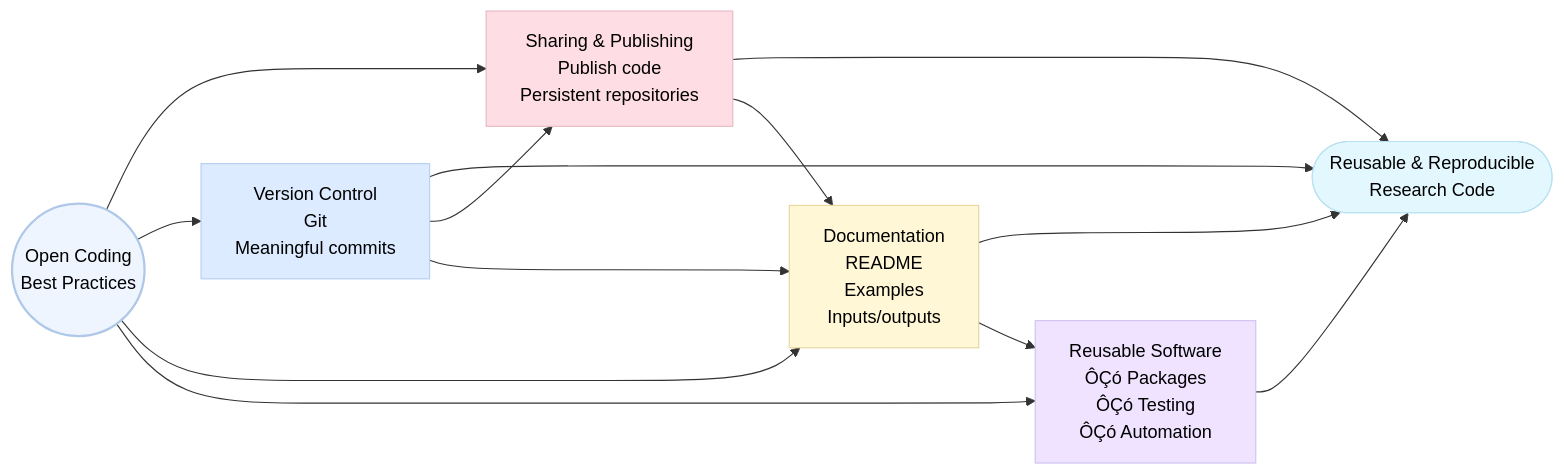
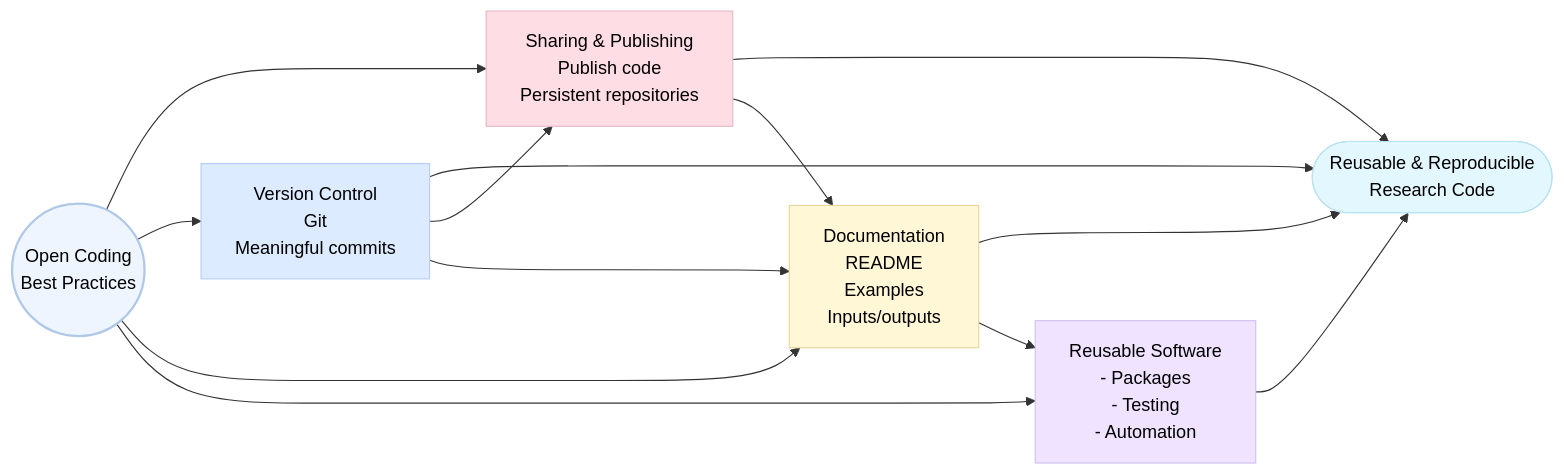
Before and after one commit to Digital-Future-Institute/CoARA: the second of 3 diagrams in 1.4-Open-Science-Workflows-and-Tools-for-Researchers.md, drawn with Mermaid. The commit also changed other lines of this file and 50 other files, not shown here.

````diff
--- a/1.4-Open-Science-Workflows-and-Tools-for-Researchers.md
+++ b/1.4-Open-Science-Workflows-and-Tools-for-Researchers.md
@@ -155,55 +155,55 @@
 ```mermaid
  flowchart LR
 
     A((Open Coding<br/>Best Practices))
 
     B["Sharing & Publishing
      Publish code
      Persistent repositories"]
 
     C["Version Control
      Git
      Meaningful commits"]
 
     D["Documentation
      README
      Examples
      Inputs/outputs"]
 
     E["Reusable Software
-    ÔÇó Packages
-    ÔÇó Testing
-    ÔÇó Automation"]
+    - Packages
+    - Testing
+    - Automation"]
 
     H([Reusable & Reproducible<br/>Research Code])
 
     A --> B
     A --> C
     A --> D
     A --> E
 
     B --> H
     C --> H
     D --> H
     E --> H
 
     C --> B
     C --> D
     D --> E
     B --> D
 
     %% Styling
     classDef core fill:#EEF5FF,stroke:#AFC8E8,color:#000,stroke-width:2px;
     classDef pink fill:#FFDDE5,stroke:#E6B8C4,color:#000;
     classDef blue fill:#DCEBFF,stroke:#B7CEF2,color:#000;
     classDef yellow fill:#FFF7D6,stroke:#E6D79C,color:#000;
     classDef lavender fill:#EFE3FF,stroke:#CFC2F2,color:#000;
     classDef aqua fill:#E3F7FF,stroke:#B8E1F2,color:#000;
 
     class A core
     class B pink
     class C blue
     class D yellow
     class E lavender
     class H aqua
 ```
````
